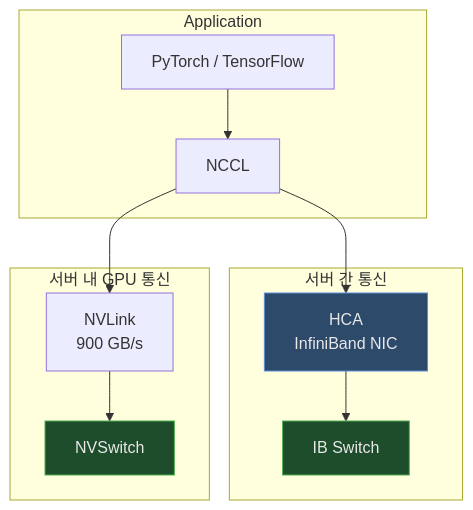
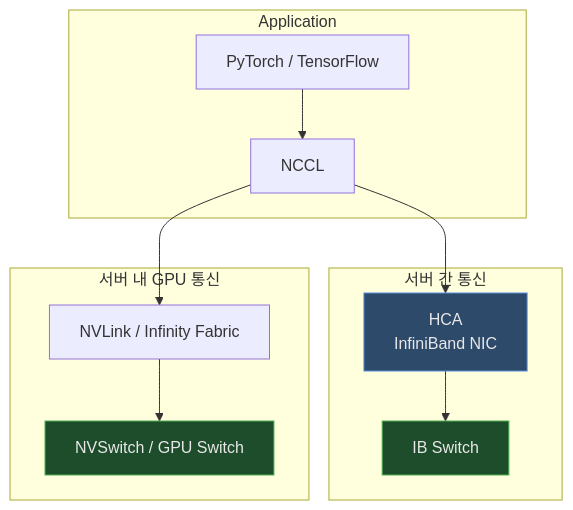
One commit to juwon8891/juwon8891.github.io changed the sixth of 6 diagrams in docs/gpu/infiniband-nvlink-nvswitch.md. Above: the diagram before and after it, drawn with Mermaid. The commit also changed other lines of this file, not shown here.

First line of the commit message:
docs: Add AMD GPU interconnect technologies alongside NVIDIA

````diff
--- a/docs/gpu/infiniband-nvlink-nvswitch.md
+++ b/docs/gpu/infiniband-nvlink-nvswitch.md
@@ -255,28 +273,28 @@
 ```mermaid
 graph TB
     subgraph "Application"
         APP[PyTorch / TensorFlow]
         NCCL[NCCL]
     end
 
     subgraph "서버 간 통신"
         HCA[HCA<br/>InfiniBand NIC]
         IB_SW[IB Switch]
     end
 
     subgraph "서버 내 GPU 통신"
-        NVL[NVLink<br/>900 GB/s]
-        NVS[NVSwitch]
+        GPU_LINK[NVLink / Infinity Fabric]
+        GPU_SW[NVSwitch / GPU Switch]
     end
 
     APP --> NCCL
-    NCCL --> NVL
+    NCCL --> GPU_LINK
     NCCL --> HCA
-    NVL --> NVS
+    GPU_LINK --> GPU_SW
     HCA --> IB_SW
 
     style HCA fill:#2d4a6b,stroke:#5b8dd9,color:#e8e8e8
     style IB_SW fill:#1e4d2b,stroke:#4caf50,color:#e8e8e8
-    style NVS fill:#1e4d2b,stroke:#4caf50,color:#e8e8e8
+    style GPU_SW fill:#1e4d2b,stroke:#4caf50,color:#e8e8e8
 
 ```
````
